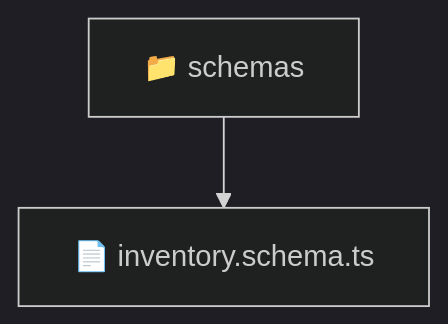
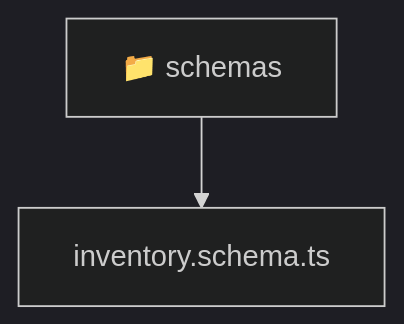
The diagram in backend/src/modules/inventory/infrastructure/schemas/README.md (beginwebdev2002/fullstack-mavluda), drawn with Mermaid (dark theme) before and after one commit. The commit also changed other lines of this file and 167 other files, not shown here.

````diff
--- a/backend/src/modules/inventory/infrastructure/schemas/README.md
+++ b/backend/src/modules/inventory/infrastructure/schemas/README.md
@@ -9,5 +9,6 @@
 ```mermaid
 graph TD
-  Root["📁 schemas"]
-  Root --> inventory_schema_ts["📄 inventory.schema.ts"]
+  Root_schemas["📁 schemas"]
+  f_inventory_schema_ts["inventory.schema.ts"]
+  Root_schemas --> f_inventory_schema_ts
 ```
````
